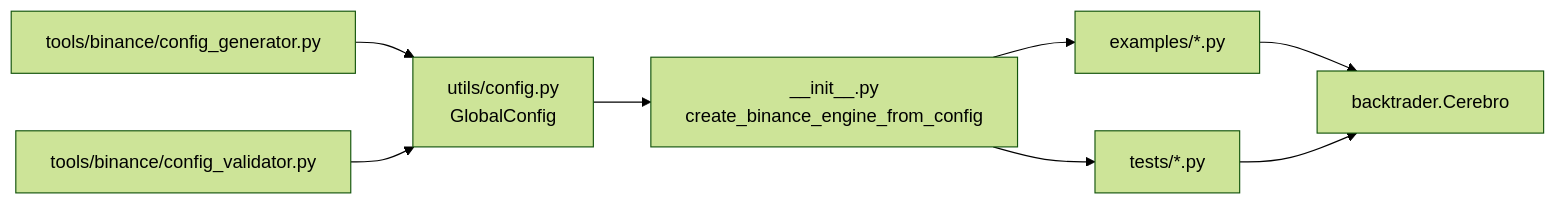
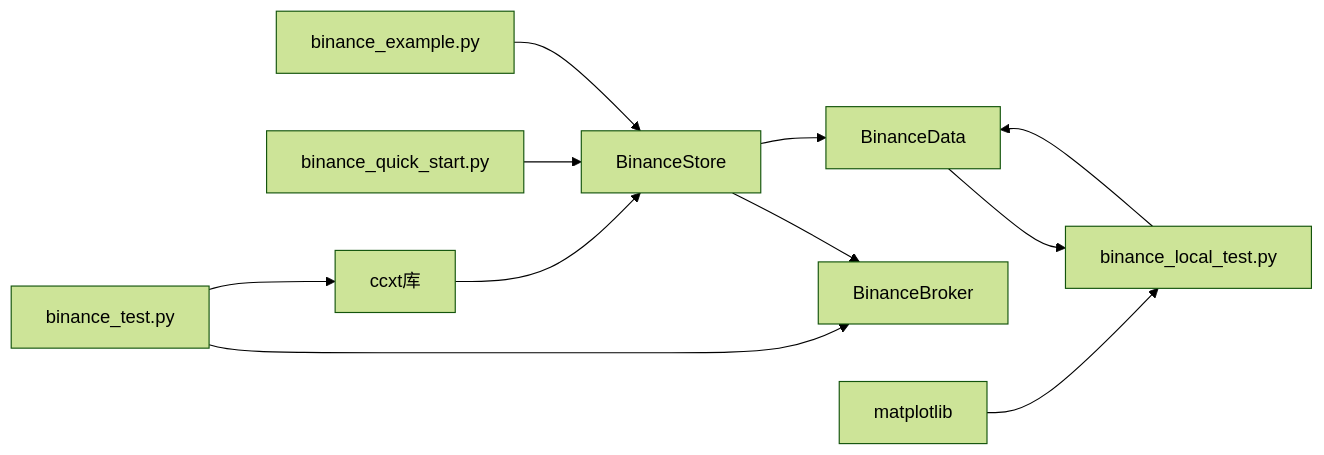
The third of 3 diagrams in .qoder/repowiki/zh/content/实盘交易模块/Binance交易所集成/示例脚本集.md (bench-prog/backtrader), drawn with Mermaid (forest theme) before and after one commit. The commit also changed other lines of this file and 23 other files, not shown here.

````diff
--- a/.qoder/repowiki/zh/content/实盘交易模块/Binance交易所集成/示例脚本集.md
+++ b/.qoder/repowiki/zh/content/实盘交易模块/Binance交易所集成/示例脚本集.md
@@ -368,10 +259,13 @@
 ```mermaid
 graph LR
-GC["utils/config.py<br/>GlobalConfig"] --> IF["__init__.py<br/>create_binance_engine_from_config"]
-IF --> EX["examples/*.py"]
-IF --> TS["tests/*.py"]
-CG["tools/binance/config_generator.py"] --> GC
-CV["tools/binance/config_validator.py"] --> GC
-EX --> BT["backtrader.Cerebro"]
-TS --> BT
+BE["binance_example.py"] --> BS["BinanceStore"]
+BL["binance_local_test.py"] --> BF["BinanceData"]
+BQ["binance_quick_start.py"] --> BS
+BT["binance_test.py"] --> BB["BinanceBroker"]
+BS --> BB
+BS --> BF
+BF --> BL
+CCXT["ccxt库"] --> BS
+MATP["matplotlib"] --> BL
+BT --> CCXT
 ```
````
